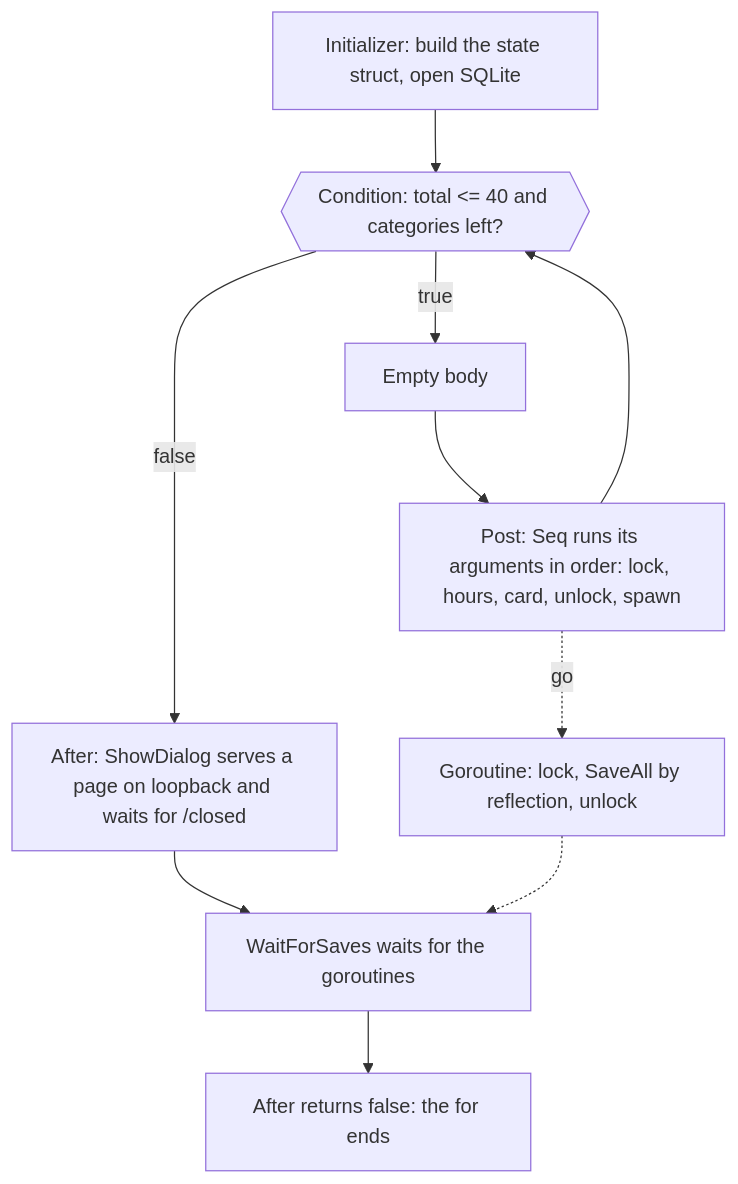
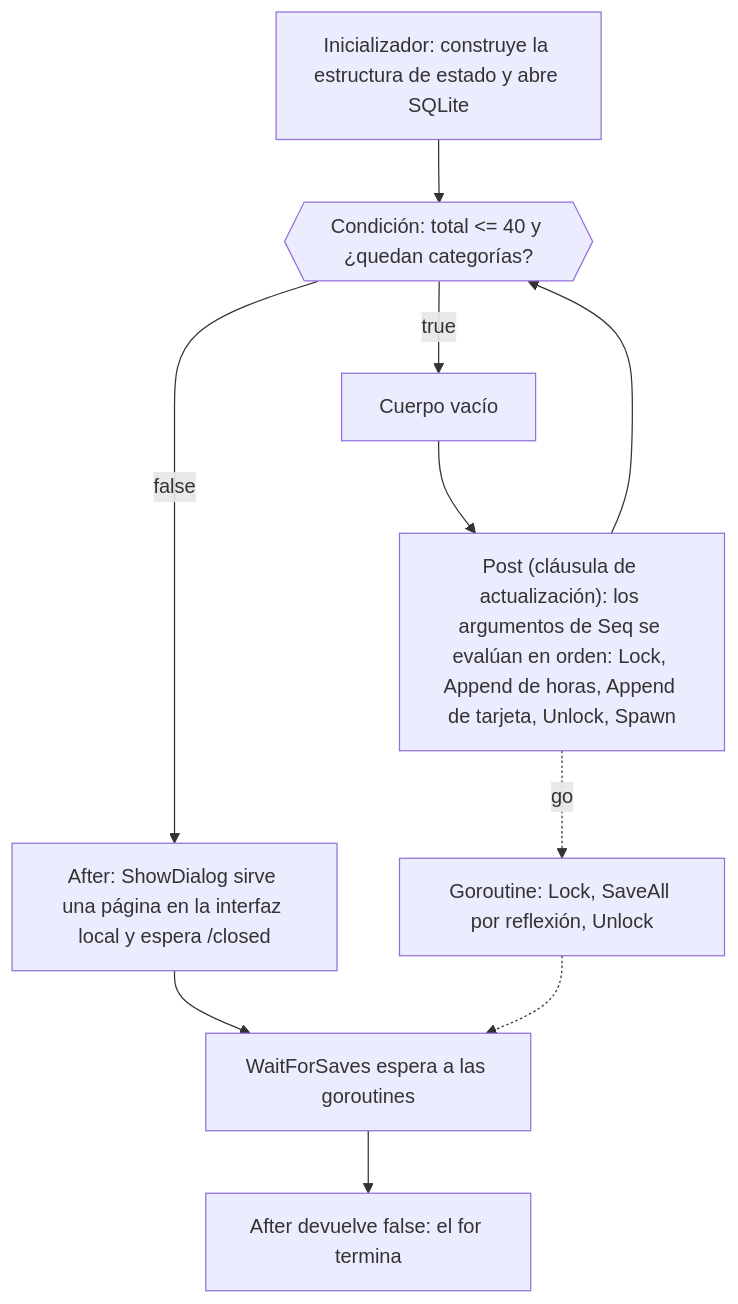
Before and after one commit to dullroar/aprende-a-programar-como-un-bicho-raro: the second of 9 diagrams in lessons/lenguajes/csharp-linq-xaml.md, drawn with Mermaid. The commit also changed other lines of this file and 31 other files, not shown here.

````diff
--- a/lessons/lenguajes/csharp-linq-xaml.md
+++ b/lessons/lenguajes/csharp-linq-xaml.md
@@ -169,14 +169,14 @@
 ```mermaid
 flowchart TD
-    accTitle: GoChallenge1: one for statement, a goroutine and a dialog served over HTTP
-    accDescr: A flowchart. The initializer builds a state struct and opens the repository. The condition is true while the total is 40 or less and categories remain. Then the empty body runs, and the post statement runs Seq, which locks, adds hours, stages a card, unlocks, and starts a goroutine that saves the staged cards. When the condition is false, After runs ShowDialog, which serves a page and waits for the browser to post that it closed, then WaitForSaves waits for the goroutines, and the condition returns false so the for ends.
-    A["Initializer: build the state struct, open SQLite"] --> B{{"Condition: total <= 40 and categories left?"}}
-    B -->|true| C["Empty body"]
-    C --> D["Post: Seq runs its arguments in order: lock, hours, card, unlock, spawn"]
+    accTitle: GoChallenge1: una sola sentencia for, una goroutine y un diálogo servido por HTTP
+    accDescr: Un diagrama de flujo. El inicializador crea una estructura de estado y abre el repositorio. La condición es verdadera mientras el total no pase de 40 y queden categorías. Entonces se ejecuta el cuerpo vacío, y la cláusula de actualización llama a Seq, cuyos argumentos, evaluados en orden, bloquean con Lock, suman horas con Append, preparan una tarjeta con Append, desbloquean con Unlock e inician con Spawn una goroutine que guarda las tarjetas preparadas. Cuando la condición es falsa, After ejecuta ShowDialog, que sirve una página y espera a que el navegador envíe por POST el aviso de que se cerró. Después WaitForSaves espera a las goroutines, y la condición devuelve falso para que el for termine.
+    A["Inicializador: construye la estructura de estado y abre SQLite"] --> B{{"Condición: total <= 40 y ¿quedan categorías?"}}
+    B -->|true| C["Cuerpo vacío"]
+    C --> D["Post (cláusula de actualización): los argumentos de Seq se evalúan en orden: Lock, Append de horas, Append de tarjeta, Unlock, Spawn"]
     D --> B
-    D -.->|go| G["Goroutine: lock, SaveAll by reflection, unlock"]
-    B -->|false| E["After: ShowDialog serves a page on loopback and waits for /closed"]
-    E --> W["WaitForSaves waits for the goroutines"]
+    D -.->|go| G["Goroutine: Lock, SaveAll por reflexión, Unlock"]
+    B -->|false| E["After: ShowDialog sirve una página en la interfaz local y espera /closed"]
+    E --> W["WaitForSaves espera a las goroutines"]
     G -.-> W
-    W --> X["After returns false: the for ends"]
+    W --> X["After devuelve false: el for termina"]
 ```
````
